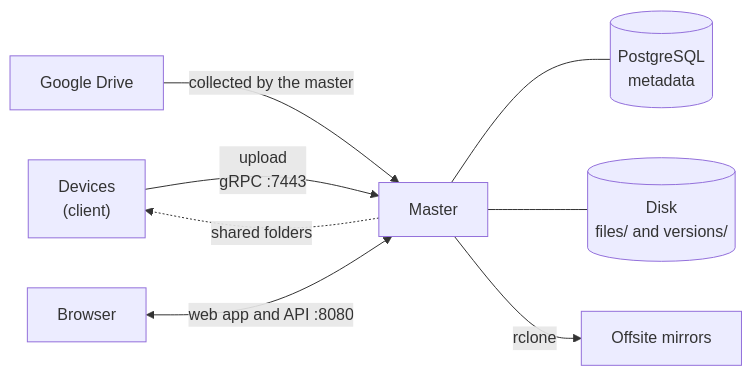
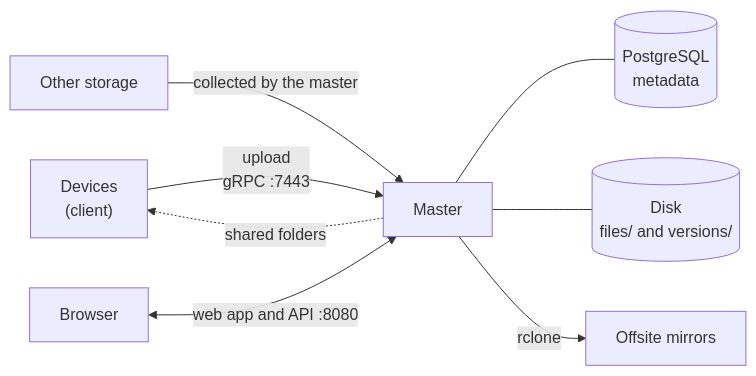
The diagram in docs/overview.md (jameelhamdan/fafnirx), drawn with Mermaid before and after one commit. The commit also changed 113 other files, not shown here.

````diff
--- a/docs/overview.md
+++ b/docs/overview.md
@@ -7,10 +7,10 @@
 ```mermaid
 flowchart LR
     D["Devices<br/>(client)"] -->|"upload<br/>gRPC :7443"| M["Master"]
     M -.->|"shared folders"| D
-    G["Google Drive"] -->|"collected by the master"| M
+    G["Other storage"] -->|"collected by the master"| M
     A["Browser"] <-->|"web app and API :8080"| M
     M --- PG[("PostgreSQL<br/>metadata")]
     M --- FS[("Disk<br/>files/ and versions/")]
     M -->|"rclone"| O["Offsite mirrors"]
 ```
````
